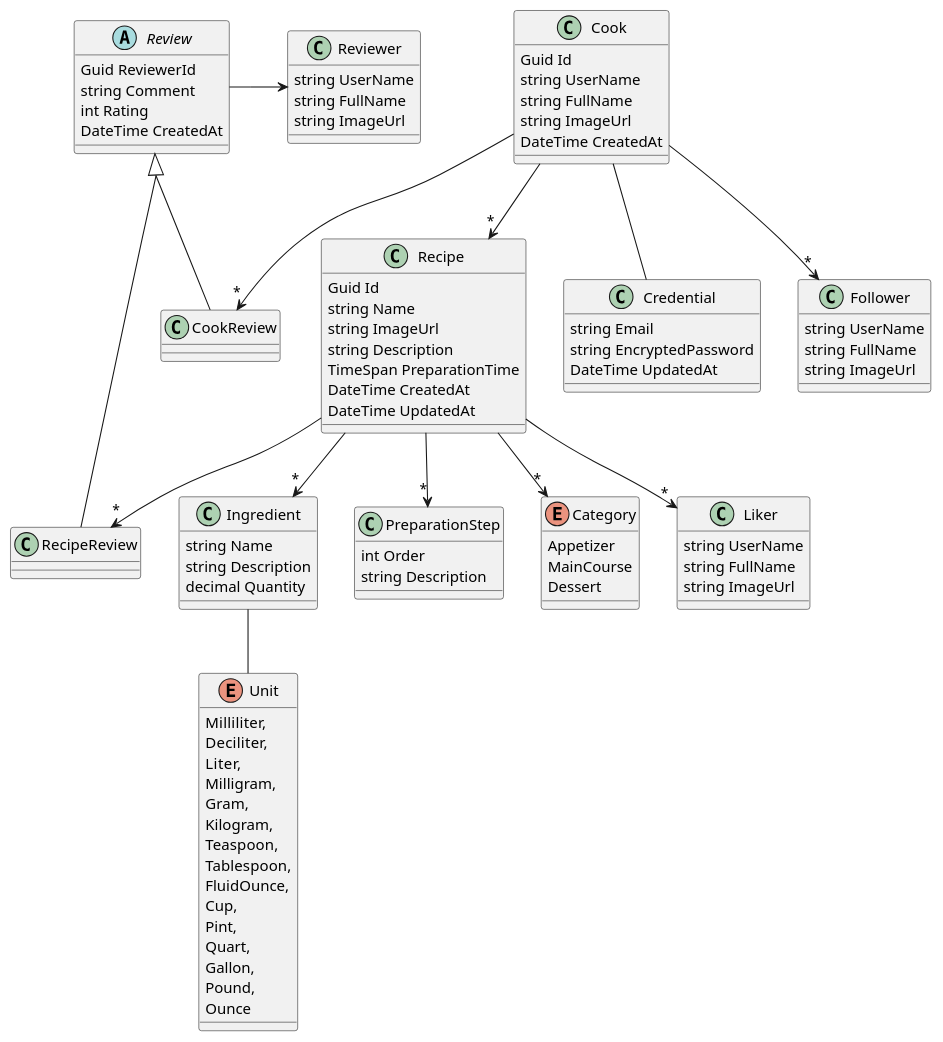
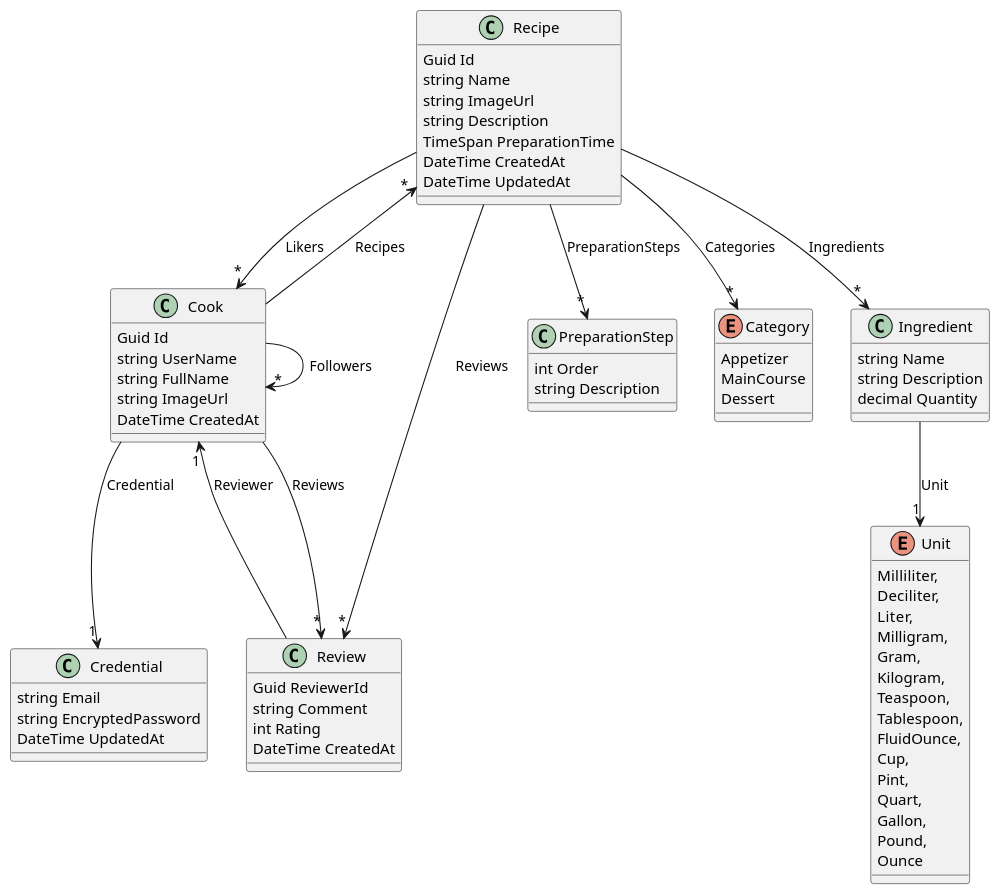
Before and after one commit to DAQEM/RecipeFinder: the diagram in BLL/ClassDiagram.puml, drawn with PlantUML. The commit also changed 58 other files, not shown here.

Commit message:
Changed Builder pattern and turned reviewer, saver, liker and follower into a cook object.

```diff
--- a/BLL/ClassDiagram.puml
+++ b/BLL/ClassDiagram.puml
@@ -1,114 +1,86 @@
 @startuml
-'https://plantuml.com/class-diagram
 
 skinparam groupInheritance 2
 
 class Recipe {
     Guid Id
     string Name
     string ImageUrl
     string Description
     TimeSpan PreparationTime
     DateTime CreatedAt
     DateTime UpdatedAt
 }
 
 class Cook {
     Guid Id
     string UserName
     string FullName
     string ImageUrl
     DateTime CreatedAt
 }
 
 class Credential {
     string Email
     string EncryptedPassword
     DateTime UpdatedAt
 }
 
 class Ingredient {
     string Name
     string Description
     decimal Quantity
 }
 
 enum Unit {
     Milliliter,
     Deciliter,
     Liter,
     Milligram,
     Gram,
     Kilogram,
     Teaspoon,
     Tablespoon,
     FluidOunce,
     Cup,
     Pint,
     Quart,
     Gallon,
     Pound,
     Ounce
 }
 
 class PreparationStep {
     int Order
     string Description
 }
 
 enum Category {
     Appetizer
     MainCourse
     Dessert
 }
 
-class Reviewer {
-    string UserName
-    string FullName
-    string ImageUrl
-}
-
-class Follower {
-    string UserName
-    string FullName
-    string ImageUrl
-}
-
-class Liker {
-    string UserName
-    string FullName
-    string ImageUrl
-}
-
-abstract class Review {
+class Review {
     Guid ReviewerId
     string Comment
     int Rating
     DateTime CreatedAt
 }
 
-class CookReview {
-}
+Cook --> "*" Recipe : "Recipes"
+Cook --> "1" Credential : "Credential"
+Cook --> "*" Review : "Reviews"
+Cook --> "*" Cook : "Followers"
 
-class RecipeReview {
-}
+Recipe --> "*" Ingredient : "Ingredients"
+Recipe --> "*" PreparationStep : "PreparationSteps"
+Recipe --> "*" Category : "Categories"
+Recipe --> "*" Cook : "Likers"
 
-Review <|-- CookReview
-Review <|-- RecipeReview
+Ingredient --> "1" Unit : "Unit"
 
-Cook --> "*" Recipe
-Cook -- Credential
-Cook --> "*" CookReview
-Cook --> "*" Follower
-
-Recipe --> "*" Ingredient
-Recipe --> "*" PreparationStep
-Recipe --> "*" Category
-Recipe --> "*" RecipeReview
-Recipe --> "*" Liker
-
-Ingredient -- Unit
-
-Review -> Reviewer
+Review --> "1" Cook : "Reviewer" 
+Review "*" <-- Recipe : "Reviews"
 
 @enduml
```
